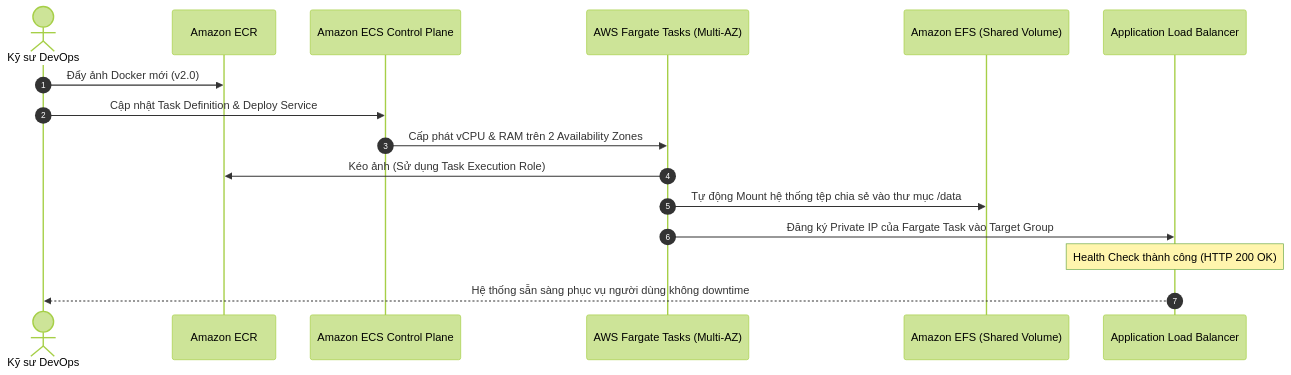
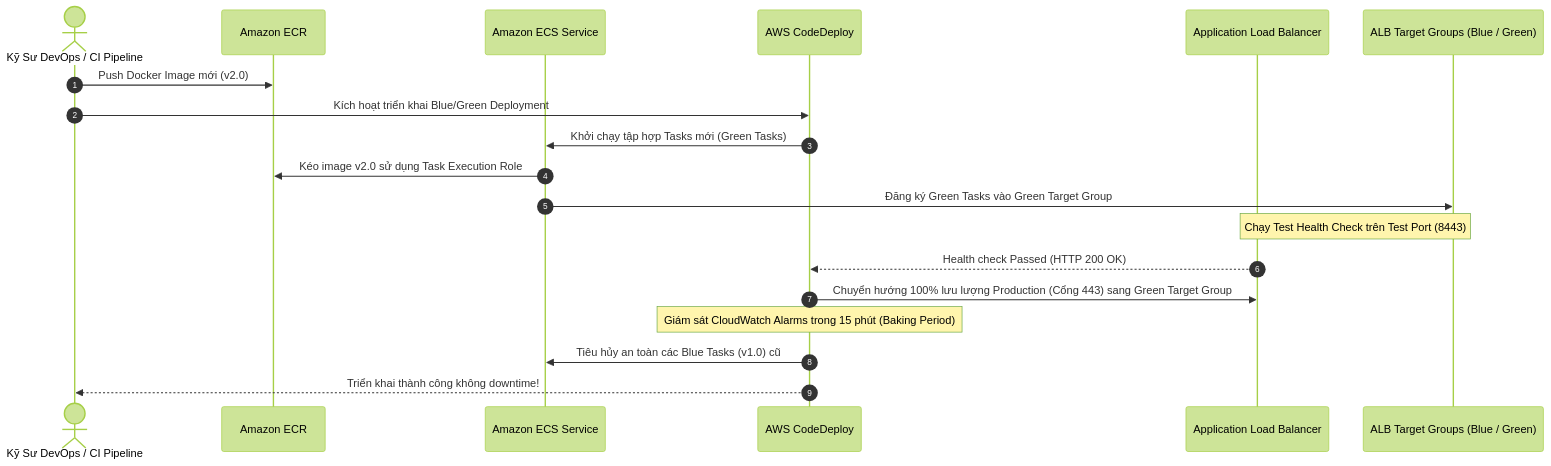
The third of 3 diagrams in AWS_Services/ECS_Fargate_Containers.md (nhatphanhk/AWS_XBrain_Note), drawn with Mermaid (forest theme) before and after one commit. The commit also changed other lines of this file and 15 other files, not shown here.

Commit message:
feat: add comprehensive AWS service notes and update README index

````diff
--- a/AWS_Services/ECS_Fargate_Containers.md
+++ b/AWS_Services/ECS_Fargate_Containers.md
@@ -93,19 +98,22 @@
 ```mermaid
 sequenceDiagram
     autonumber
-    actor Dev as Kỹ sư DevOps
+    actor DevOps as Kỹ Sư DevOps / CI Pipeline
     participant ECR as Amazon ECR
-    participant ECS as Amazon ECS Control Plane
-    participant Fargate as AWS Fargate Tasks (Multi-AZ)
-    participant EFS as Amazon EFS (Shared Volume)
+    participant ECS as Amazon ECS Service
+    participant CodeDeploy as AWS CodeDeploy
     participant ALB as Application Load Balancer
+    participant TargetGroup as ALB Target Groups (Blue / Green)
 
-    Dev->>ECR: Đẩy ảnh Docker mới (v2.0)
-    Dev->>ECS: Cập nhật Task Definition & Deploy Service
-    ECS->>Fargate: Cấp phát vCPU & RAM trên 2 Availability Zones
-    Fargate->>ECR: Kéo ảnh (Sử dụng Task Execution Role)
-    Fargate->>EFS: Tự động Mount hệ thống tệp chia sẻ vào thư mục /data
-    Fargate->>ALB: Đăng ký Private IP của Fargate Task vào Target Group
-    Note over ALB: Health Check thành công (HTTP 200 OK)
-    ALB-->>Dev: Hệ thống sẵn sàng phục vụ người dùng không downtime
+    DevOps->>ECR: Push Docker Image mới (v2.0)
+    DevOps->>CodeDeploy: Kích hoạt triển khai Blue/Green Deployment
+    CodeDeploy->>ECS: Khởi chạy tập hợp Tasks mới (Green Tasks)
+    ECS->>ECR: Kéo image v2.0 sử dụng Task Execution Role
+    ECS->>TargetGroup: Đăng ký Green Tasks vào Green Target Group
+    Note over ALB,TargetGroup: Chạy Test Health Check trên Test Port (8443)
+    ALB-->>CodeDeploy: Health check Passed (HTTP 200 OK)
+    CodeDeploy->>ALB: Chuyển hướng 100% lưu lượng Production (Cổng 443) sang Green Target Group
+    Note over CodeDeploy: Giám sát CloudWatch Alarms trong 15 phút (Baking Period)
+    CodeDeploy->>ECS: Tiêu hủy an toàn các Blue Tasks (v1.0) cũ
+    CodeDeploy-->>DevOps: Triển khai thành công không downtime!
 ```
````
